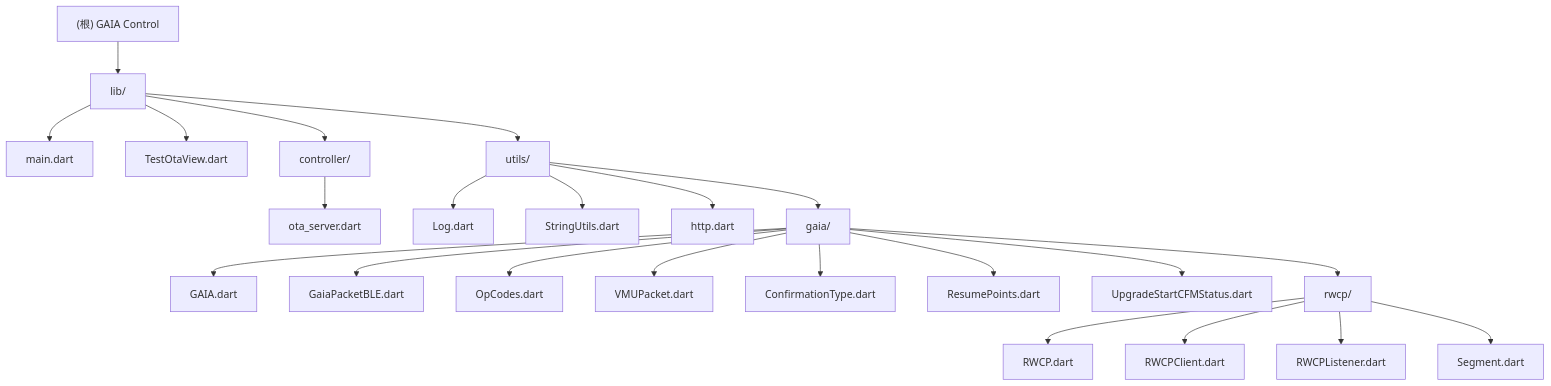
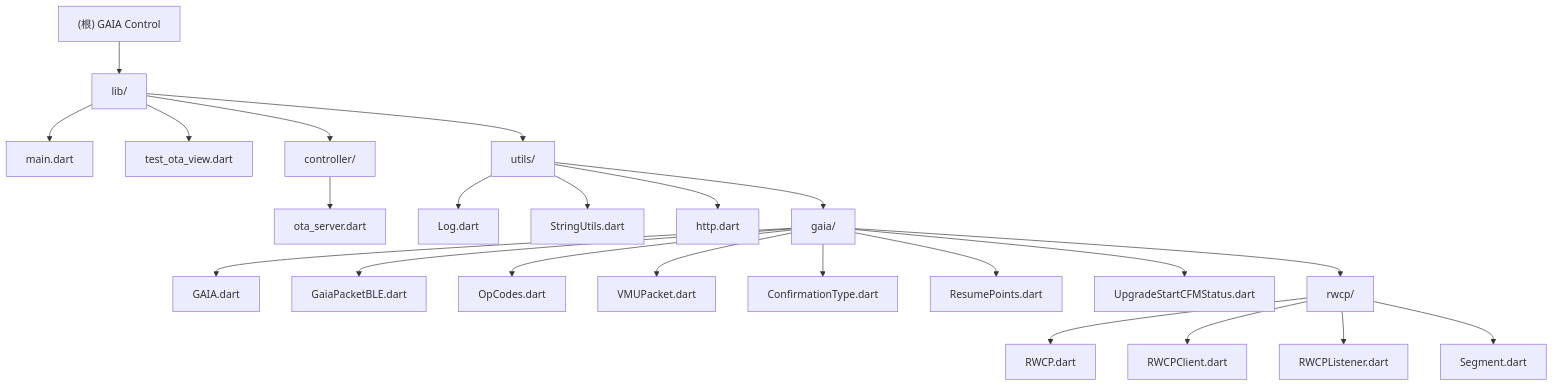
The second of 2 diagrams in CLAUDE.md (H-Chris233/Flutter-GAIAControl), drawn with Mermaid before and after one commit. The commit also changed other lines of this file and 12 other files, not shown here.

````diff
--- a/CLAUDE.md
+++ b/CLAUDE.md
@@ -80,33 +80,33 @@
 ```mermaid
 graph TD
     ROOT["(根) GAIA Control"] --> LIB["lib/"]
     LIB --> MAIN["main.dart"]
-    LIB --> OTAVIEW["TestOtaView.dart"]
+    LIB --> OTAVIEW["test_ota_view.dart"]
     LIB --> CTRL["controller/"]
     LIB --> UTILS_DIR["utils/"]
 
     CTRL --> OTASERVER["ota_server.dart"]
 
     UTILS_DIR --> LOG["Log.dart"]
     UTILS_DIR --> STRUTILS["StringUtils.dart"]
     UTILS_DIR --> HTTP["http.dart"]
     UTILS_DIR --> GAIA_DIR["gaia/"]
 
     GAIA_DIR --> GAIA_FILE["GAIA.dart"]
     GAIA_DIR --> PACKET["GaiaPacketBLE.dart"]
     GAIA_DIR --> OPCODES["OpCodes.dart"]
     GAIA_DIR --> VMU["VMUPacket.dart"]
     GAIA_DIR --> CONF["ConfirmationType.dart"]
     GAIA_DIR --> RESUME["ResumePoints.dart"]
     GAIA_DIR --> UPGRADE["UpgradeStartCFMStatus.dart"]
     GAIA_DIR --> RWCP_DIR["rwcp/"]
 
     RWCP_DIR --> RWCP_FILE["RWCP.dart"]
     RWCP_DIR --> RWCP_CLIENT["RWCPClient.dart"]
     RWCP_DIR --> RWCP_LISTENER["RWCPListener.dart"]
     RWCP_DIR --> SEGMENT["Segment.dart"]
 
     click CTRL "./lib/controller/CLAUDE.md" "查看 controller 模块文档"
     click GAIA_DIR "./lib/utils/gaia/CLAUDE.md" "查看 gaia 模块文档"
     click RWCP_DIR "./lib/utils/gaia/rwcp/CLAUDE.md" "查看 rwcp 模块文档"
 ```
````
